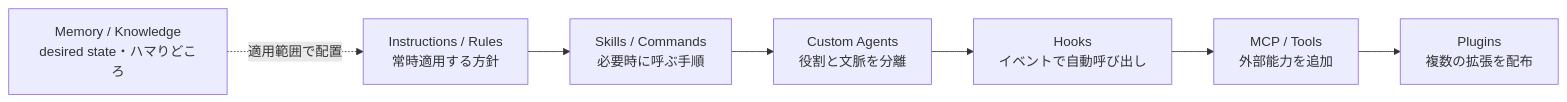
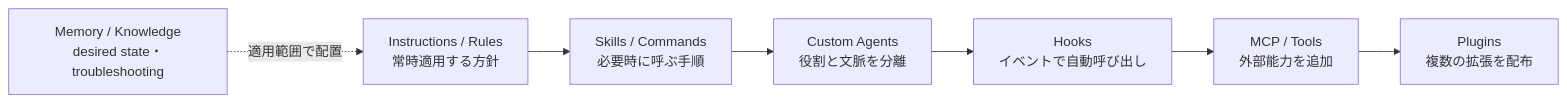
One commit to suwa-sh/zenn-contents changed the first of 3 diagrams in articles/agentic-coding-clis_20260807.md. Above: the diagram before and after it, drawn with Mermaid. The commit also changed other lines of this file, not shown here.

````diff
--- a/articles/agentic-coding-clis_20260807.md
+++ b/articles/agentic-coding-clis_20260807.md
@@ -45,9 +45,9 @@
 ```mermaid
 flowchart LR
     A["Instructions / Rules<br/>常時適用する方針"] --> B["Skills / Commands<br/>必要時に呼ぶ手順"]
     B --> C["Custom Agents<br/>役割と文脈を分離"]
     C --> D["Hooks<br/>イベントで自動呼び出し"]
     D --> E["MCP / Tools<br/>外部能力を追加"]
     E --> F["Plugins<br/>複数の拡張を配布"]
-    M["Memory / Knowledge<br/>desired state・ハマりどころ"] -. "適用範囲で配置" .-> A
+    M["Memory / Knowledge<br/>desired state・troubleshooting"] -. "適用範囲で配置" .-> A
 ```
````
